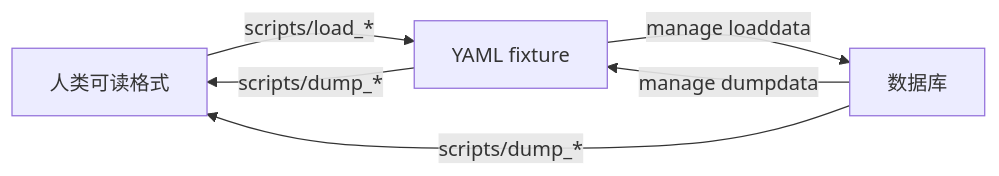
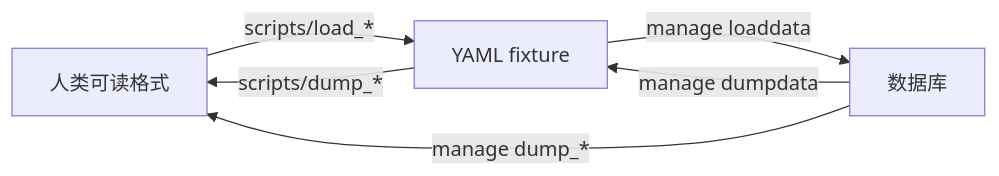
One commit to BITNP/contest-bitnp changed the diagram in doc/fixtures.md. Above: the diagram before and after it, drawn with Mermaid. The commit also changed other lines of this file and 5 other files, not shown here.

First line of the commit message:
feat: `scripts/dump_md.py'

````diff
--- a/doc/fixtures.md
+++ b/doc/fixtures.md
@@ -14,6 +14,6 @@
 ```mermaid
 flowchart LR
     人类可读格式 -->|"scripts/load_*"| yaml[YAML fixture] -->|"manage loaddata"| 数据库
         -->|"manage dumpdata"| yaml -->|"scripts/dump_*"| 人类可读格式
-    数据库 -->|"scripts/dump_*"| 人类可读格式
+    数据库 -->|"manage dump_*"| 人类可读格式
 ```
````
